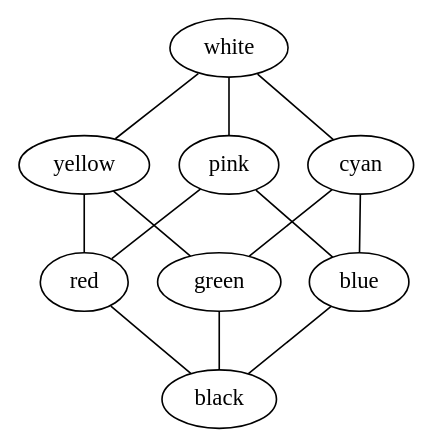
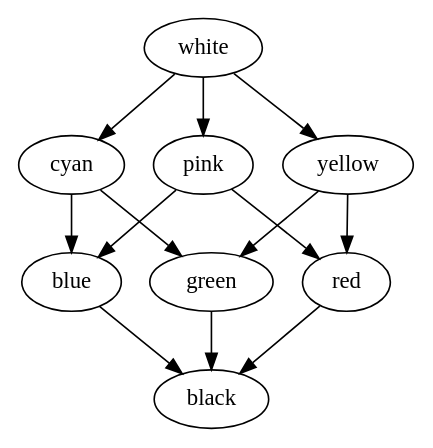
Before and after one commit to eeshan56/CSE-464-2023-epanse: the diagram in src/main/java/org/example/color.dot, drawn with Graphviz. The commit also changed 2 other files, not shown here.

```diff
--- a/src/main/java/org/example/color.dot
+++ b/src/main/java/org/example/color.dot
@@ -1,14 +1,10 @@
-graph {
-    { rank=same; white}
-    { rank=same; cyan; yellow; pink}
-    { rank=same; red; green; blue}
-    { rank=same; black}
+digraph G {
 
-    white -- cyan -- blue
-    white -- yellow -- green
-    white -- pink -- red
+    white -> cyan -> blue
+    white -> yellow -> green
+    white -> pink -> red
 
-    cyan -- green -- black
-    yellow -- red -- black
-    pink -- blue -- black
+    cyan -> green -> black
+    yellow -> red -> black
+    pink -> blue -> black
 }
```
